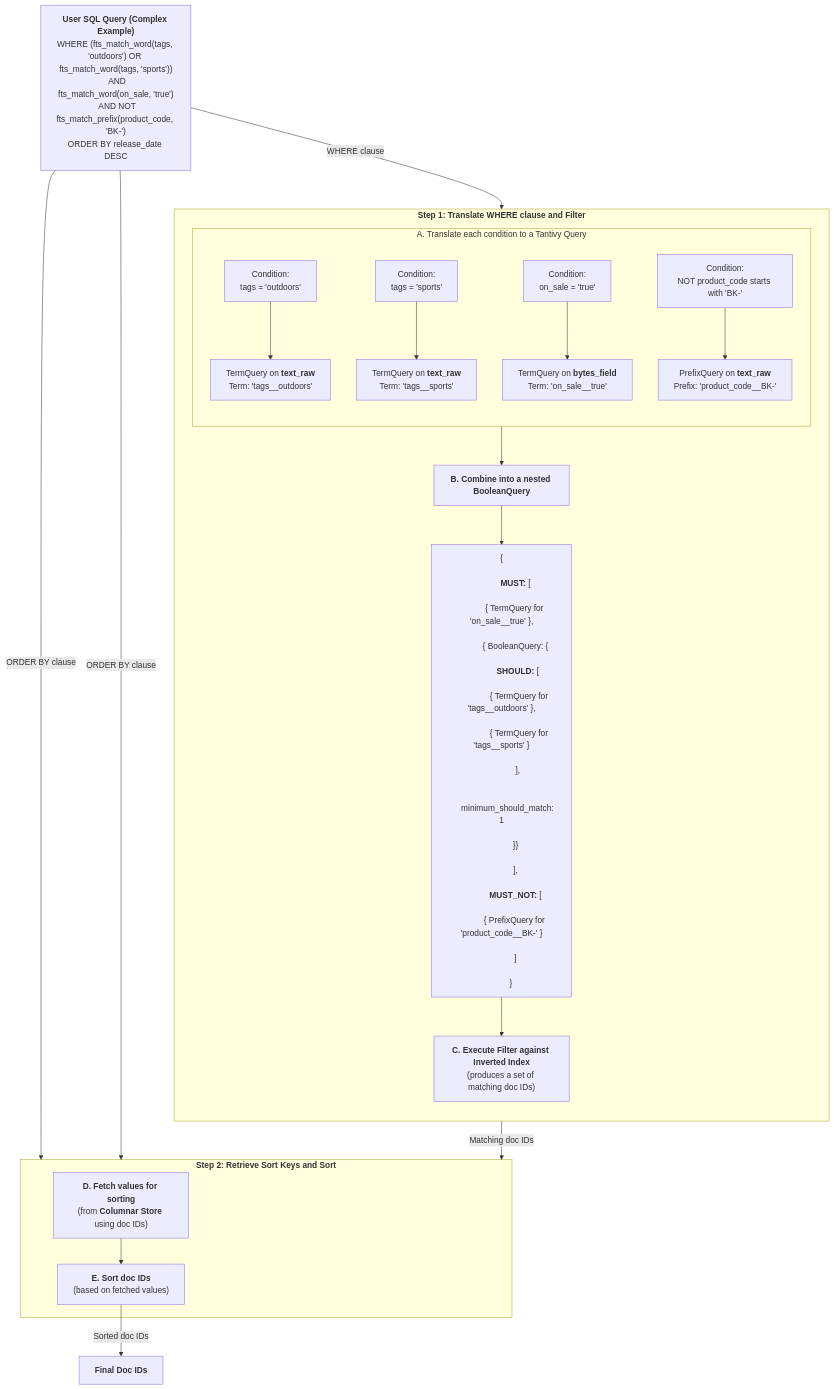
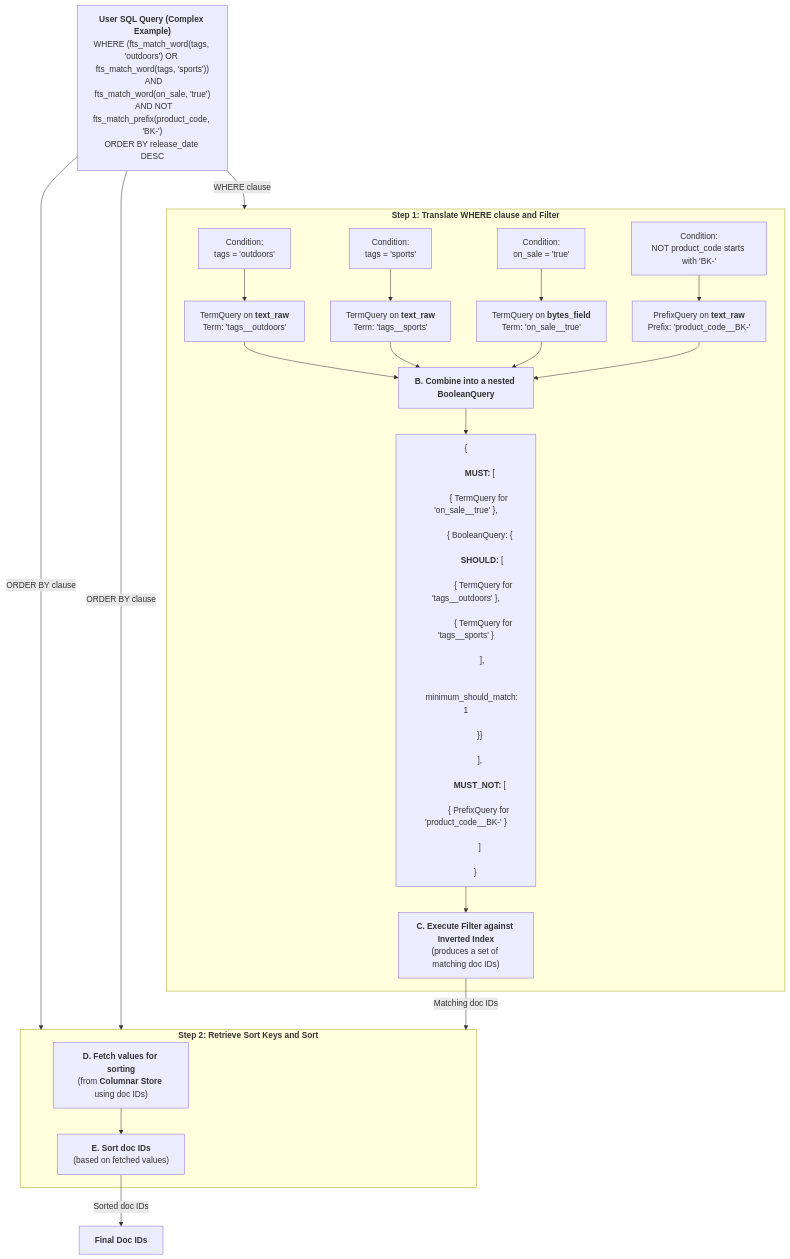
Before and after one commit to kolafish/tantivy: the second of 3 diagrams in TiCI_JSON_Support_Proposal.md, drawn with Mermaid.

````diff
--- a/TiCI_JSON_Support_Proposal.md
+++ b/TiCI_JSON_Support_Proposal.md
@@ -193,52 +193,50 @@
 ```mermaid
 graph TD
     A["<b>User SQL Query (Complex Example)</b><br/>WHERE (fts_match_word(tags, 'outdoors') OR fts_match_word(tags, 'sports'))<br/>  AND fts_match_word(on_sale, 'true')<br/>  AND NOT fts_match_prefix(product_code, 'BK-')<br/>ORDER BY release_date DESC"]
 
     A -- "WHERE clause" --> Step1_Subgraph
     A -- "ORDER BY clause" --> Step2_Subgraph
 
     subgraph Step1_Subgraph ["<b>Step 1: Translate WHERE clause and Filter</b>"]
-        direction TB
+        C["Condition:<br/>tags = 'outdoors'"] --> C_Out["TermQuery on <b>text_raw</b><br/>Term: 'tags__outdoors'"]
+        D["Condition:<br/>tags = 'sports'"] --> D_Out["TermQuery on <b>text_raw</b><br/>Term: 'tags__sports'"]
+        E["Condition:<br/>on_sale = 'true'"] --> E_Out["TermQuery on <b>bytes_field</b><br/>Term: 'on_sale__true'"]
+        F["Condition:<br/>NOT product_code starts with 'BK-'"] --> F_Out["PrefixQuery on <b>text_raw</b><br/>Prefix: 'product_code__BK-'"]
 
-        subgraph Translate_Subgraph ["A. Translate each condition to a Tantivy Query"]
-            direction TD
-            C["Condition:<br/>tags = 'outdoors'"] --> C_Out["TermQuery on <b>text_raw</b><br/>Term: 'tags__outdoors'"]
-            D["Condition:<br/>tags = 'sports'"] --> D_Out["TermQuery on <b>text_raw</b><br/>Term: 'tags__sports'"]
-            E["Condition:<br/>on_sale = 'true'"] --> E_Out["TermQuery on <b>bytes_field</b><br/>Term: 'on_sale__true'"]
-            F["Condition:<br/>NOT product_code starts with 'BK-'"] --> F_Out["PrefixQuery on <b>text_raw</b><br/>Prefix: 'product_code__BK-'"]
-        end
+        C_Out --> G["<b>B. Combine into a nested BooleanQuery</b>"]
+        D_Out --> G
+        E_Out --> G
+        F_Out --> G
 
-        Translate_Subgraph --> G["<b>B. Combine into a nested BooleanQuery</b>"]
-        
         G --> H["
         {<br/>
           &nbsp;&nbsp;<b>MUST:</b> [<br/>
         &nbsp;&nbsp;&nbsp;&nbsp;{ TermQuery for 'on_sale__true' },<br/>
         &nbsp;&nbsp;&nbsp;&nbsp;{ BooleanQuery: {<br/>
         &nbsp;&nbsp;&nbsp;&nbsp;&nbsp;&nbsp;<b>SHOULD:</b> [<br/>
         &nbsp;&nbsp;&nbsp;&nbsp;&nbsp;&nbsp;&nbsp;&nbsp;{ TermQuery for 'tags__outdoors' },<br/>
         &nbsp;&nbsp;&nbsp;&nbsp;&nbsp;&nbsp;&nbsp;&nbsp;{ TermQuery for 'tags__sports' }<br/>
         &nbsp;&nbsp;&nbsp;&nbsp;&nbsp;&nbsp;],<br/>
         &nbsp;&nbsp;&nbsp;&nbsp;&nbsp;&nbsp;minimum_should_match: 1<br/>
         &nbsp;&nbsp;&nbsp;&nbsp;}}<br/>
           &nbsp;&nbsp;],<br/>
           &nbsp;&nbsp;<b>MUST_NOT:</b> [<br/>
         &nbsp;&nbsp;&nbsp;&nbsp;{ PrefixQuery for 'product_code__BK-' }<br/>
           &nbsp;&nbsp;]<br/>
         }
         "]
         
         H --> I["<b>C. Execute Filter against Inverted Index</b><br/>(produces a set of matching doc IDs)"]
     end
 
     A -- "ORDER BY clause" --> Step2_Subgraph
     I -- "Matching doc IDs" --> Step2_Subgraph
 
     subgraph Step2_Subgraph ["<b>Step 2: Retrieve Sort Keys and Sort</b>"]
         K["<b>D. Fetch values for sorting</b><br/>(from <b>Columnar Store</b> using doc IDs)"]
         L["<b>E. Sort doc IDs</b><br/>(based on fetched values)"]
         K --> L
     end
 
     L -- "Sorted doc IDs" --> J["<b>Final Doc IDs</b>"]
 ```
````
